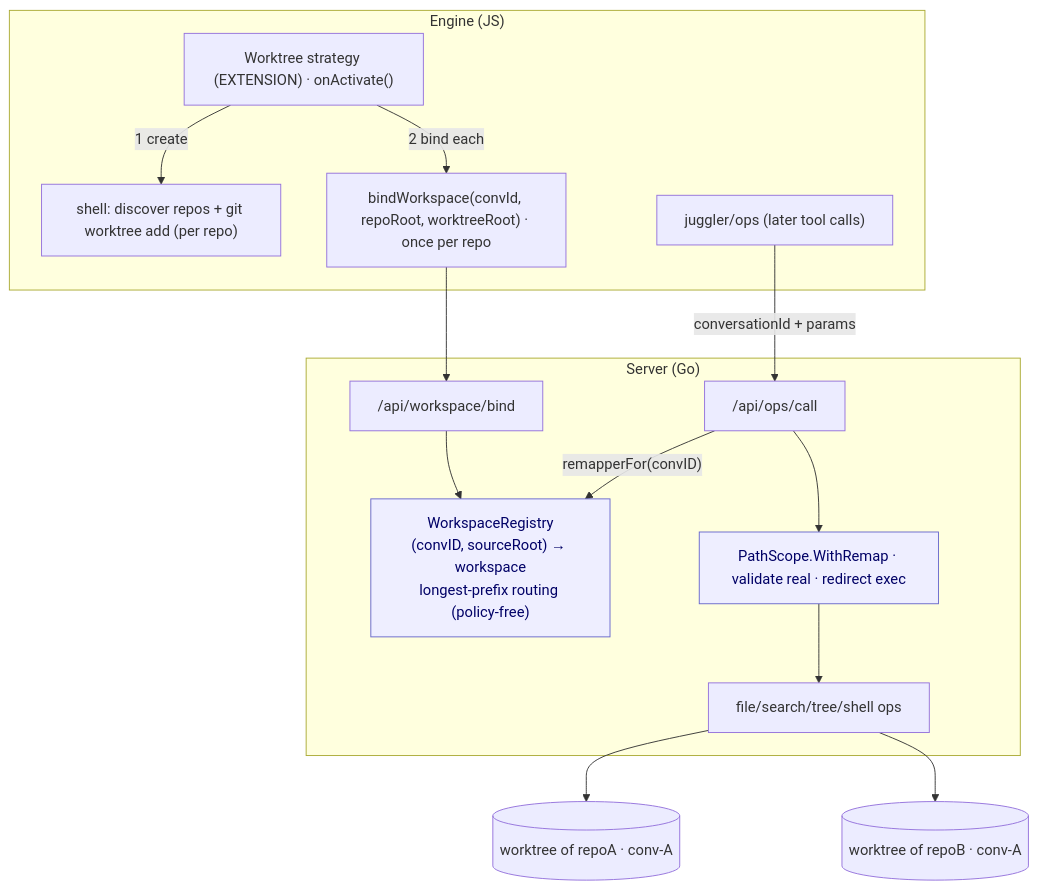
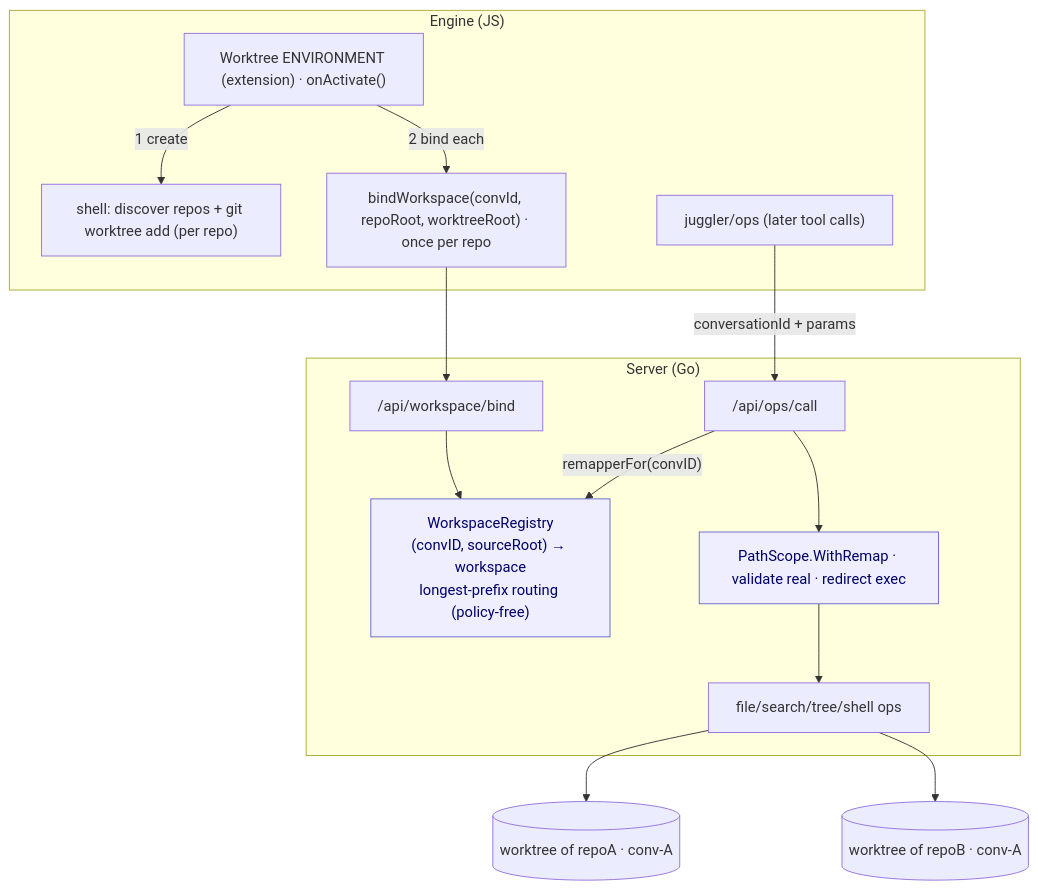
Before and after one commit to juggler-ai/juggler: the third of 4 diagrams in docs/design/worktrees-as-extension.md, drawn with Mermaid. The commit also changed other lines of this file and 9 other files, not shown here.

Commit message:
Made worktrees an Environment capability (orthogonal to Strategy) instead of a strategy (WIP)

````diff
--- a/docs/design/worktrees-as-extension.md
+++ b/docs/design/worktrees-as-extension.md
@@ -116,25 +156,25 @@
 ```mermaid
 flowchart TD
   subgraph engine["Engine (JS)"]
-    strat["Worktree strategy (EXTENSION) · onActivate()"]
+    env["Worktree ENVIRONMENT (extension) · onActivate()"]
     shellop["shell: discover repos + git worktree add (per repo)"]
     bind["bindWorkspace(convId, repoRoot, worktreeRoot) · once per repo"]
     ops["juggler/ops (later tool calls)"]
-    strat -->|"1 create"| shellop
-    strat -->|"2 bind each"| bind
+    env -->|"1 create"| shellop
+    env -->|"2 bind each"| bind
   end
   subgraph server["Server (Go)"]
     wsapi["/api/workspace/bind"]
     reg["WorkspaceRegistry<br/>(convID, sourceRoot) → workspace<br/>longest-prefix routing (policy-free)"]:::core
     opsapi["/api/ops/call"]
     scope["PathScope.WithRemap · validate real · redirect exec"]:::core
     wsapi --> reg
     opsapi -->|"remapperFor(convID)"| reg
     opsapi --> scope --> fsops["file/search/tree/shell ops"]
   end
   bind --> wsapi
   ops -->|"conversationId + params"| opsapi
   fsops --> wtA[("worktree of repoA · conv-A")]
   fsops --> wtB[("worktree of repoB · conv-A")]
   classDef core fill:#eef,stroke:#66c,color:#006;
 ```
````
